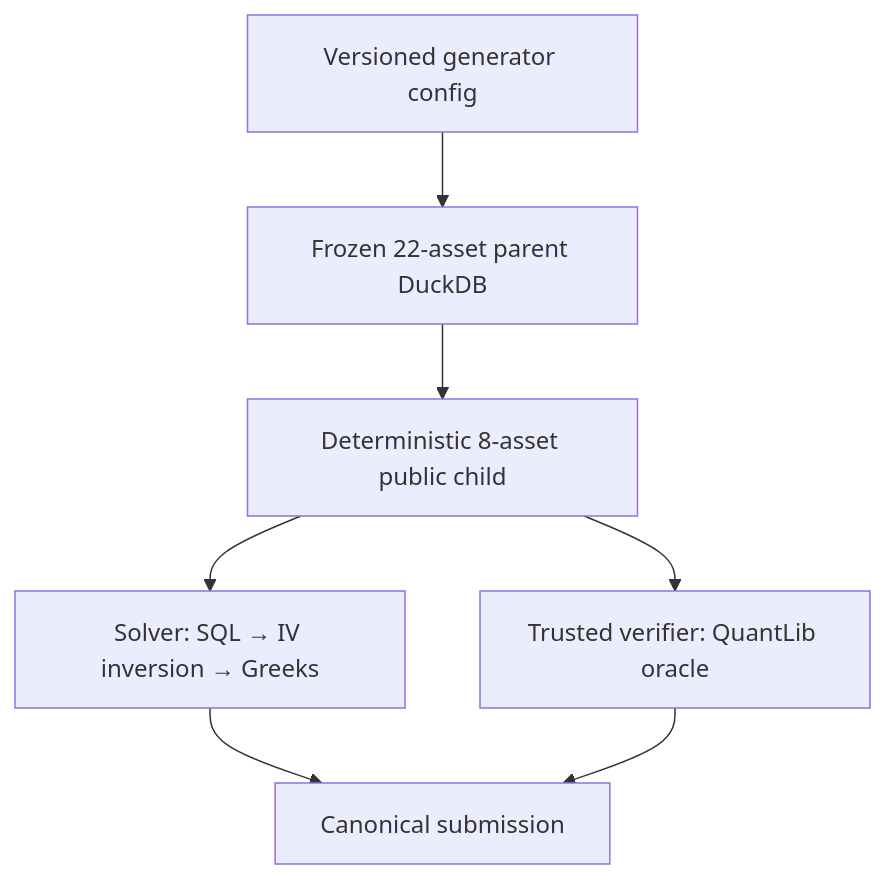
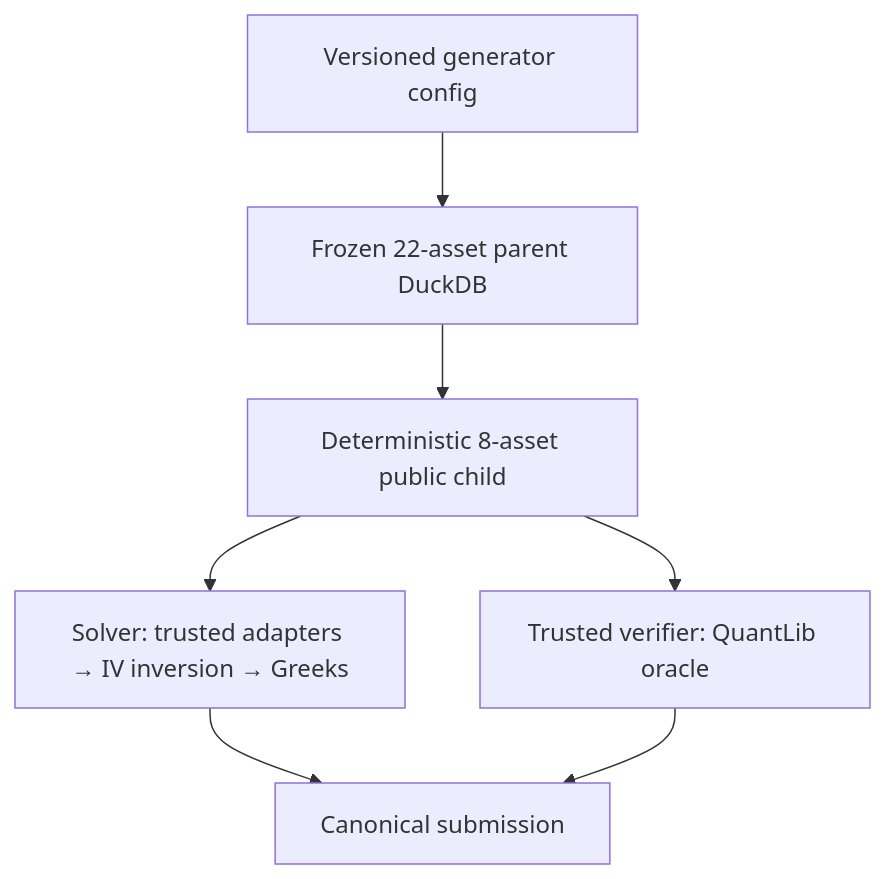
The diagram in docs/plans/synthetic_bsm_multi_asset_psd_duckdb_greeks_plan.md (ruihuabunny/FinMaths-synthetic-data-demo), drawn with Mermaid before and after one commit. The commit also changed other lines of this file and 29 other files, not shown here.

````diff
--- a/docs/plans/synthetic_bsm_multi_asset_psd_duckdb_greeks_plan.md
+++ b/docs/plans/synthetic_bsm_multi_asset_psd_duckdb_greeks_plan.md
@@ -79,9 +81,9 @@
 ```mermaid
 flowchart TD
     A["Versioned generator config"] --> B["Frozen 22-asset parent DuckDB"]
     B --> C["Deterministic 8-asset public child"]
-    C --> D["Solver: SQL → IV inversion → Greeks"]
+    C --> D["Solver: trusted adapters → IV inversion → Greeks"]
     C --> E["Trusted verifier: QuantLib oracle"]
     D --> F["Canonical submission"]
     E --> F
 ```
````
